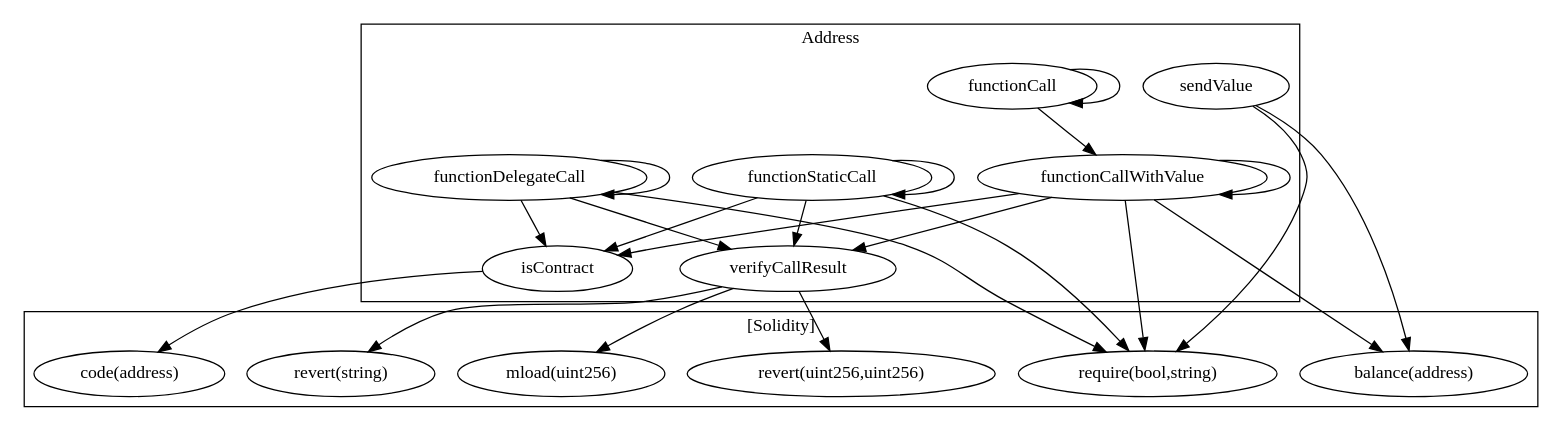
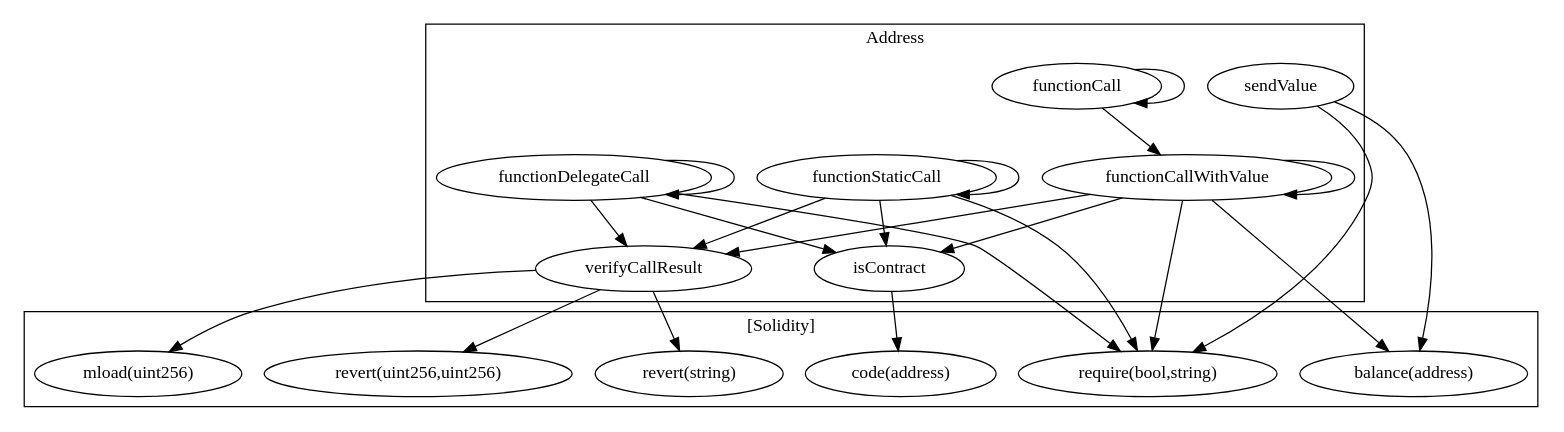
The diagram in contracts/build/...Address.call-graph.dot (FlipsideCrypto/badger), drawn with Graphviz before and after one commit. The commit also changed other lines of this file and 21 other files, not shown here.

```diff
--- a/contracts/build/...Address.call-graph.dot
+++ b/contracts/build/...Address.call-graph.dot
@@ -1,41 +1,41 @@
 strict digraph {
 subgraph cluster_2421_Address {
 label = "Address"
+"2421_sendValue" [label="sendValue"]
 "2421_functionDelegateCall" [label="functionDelegateCall"]
+"2421_functionCall" [label="functionCall"]
+"2421_verifyCallResult" [label="verifyCallResult"]
 "2421_isContract" [label="isContract"]
-"2421_functionCall" [label="functionCall"]
+"2421_functionStaticCall" [label="functionStaticCall"]
 "2421_functionCallWithValue" [label="functionCallWithValue"]
-"2421_verifyCallResult" [label="verifyCallResult"]
-"2421_functionStaticCall" [label="functionStaticCall"]
-"2421_sendValue" [label="sendValue"]
-"2421_functionCallWithValue" -> "2421_isContract"
 "2421_functionCall" -> "2421_functionCall"
+"2421_functionDelegateCall" -> "2421_isContract"
+"2421_functionDelegateCall" -> "2421_verifyCallResult"
+"2421_functionDelegateCall" -> "2421_functionDelegateCall"
 "2421_functionStaticCall" -> "2421_isContract"
 "2421_functionStaticCall" -> "2421_verifyCallResult"
+"2421_functionCallWithValue" -> "2421_verifyCallResult"
+"2421_functionCallWithValue" -> "2421_functionCallWithValue"
+"2421_functionStaticCall" -> "2421_functionStaticCall"
+"2421_functionCallWithValue" -> "2421_isContract"
 "2421_functionCall" -> "2421_functionCallWithValue"
-"2421_functionCallWithValue" -> "2421_verifyCallResult"
-"2421_functionDelegateCall" -> "2421_verifyCallResult"
-"2421_functionStaticCall" -> "2421_functionStaticCall"
-"2421_functionCallWithValue" -> "2421_functionCallWithValue"
-"2421_functionDelegateCall" -> "2421_isContract"
-"2421_functionDelegateCall" -> "2421_functionDelegateCall"
 }subgraph cluster_solidity {
 label = "[Solidity]"
+"code(address)" 
+"balance(address)" 
 "mload(uint256)" 
 "require(bool,string)" 
-"balance(address)" 
+"revert(uint256,uint256)" 
 "revert(string)" 
-"code(address)" 
-"revert(uint256,uint256)" 
-"2421_isContract" -> "code(address)"
+"2421_verifyCallResult" -> "revert(string)"
+"2421_functionDelegateCall" -> "require(bool,string)"
+"2421_verifyCallResult" -> "revert(uint256,uint256)"
+"2421_verifyCallResult" -> "mload(uint256)"
+"2421_functionCallWithValue" -> "balance(address)"
 "2421_functionStaticCall" -> "require(bool,string)"
-"2421_functionDelegateCall" -> "require(bool,string)"
-"2421_functionCallWithValue" -> "balance(address)"
-"2421_verifyCallResult" -> "revert(string)"
-"2421_verifyCallResult" -> "revert(uint256,uint256)"
 "2421_sendValue" -> "balance(address)"
 "2421_functionCallWithValue" -> "require(bool,string)"
-"2421_verifyCallResult" -> "mload(uint256)"
 "2421_sendValue" -> "require(bool,string)"
+"2421_isContract" -> "code(address)"
 }
 }
```
